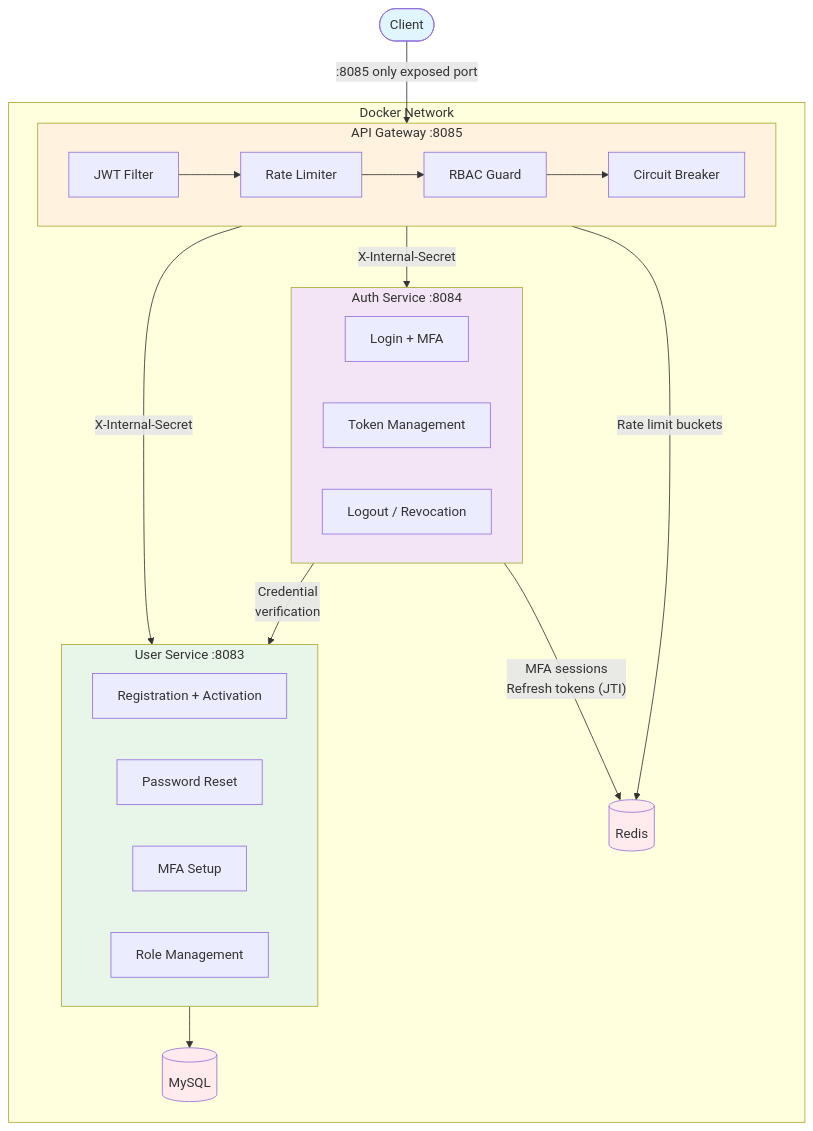
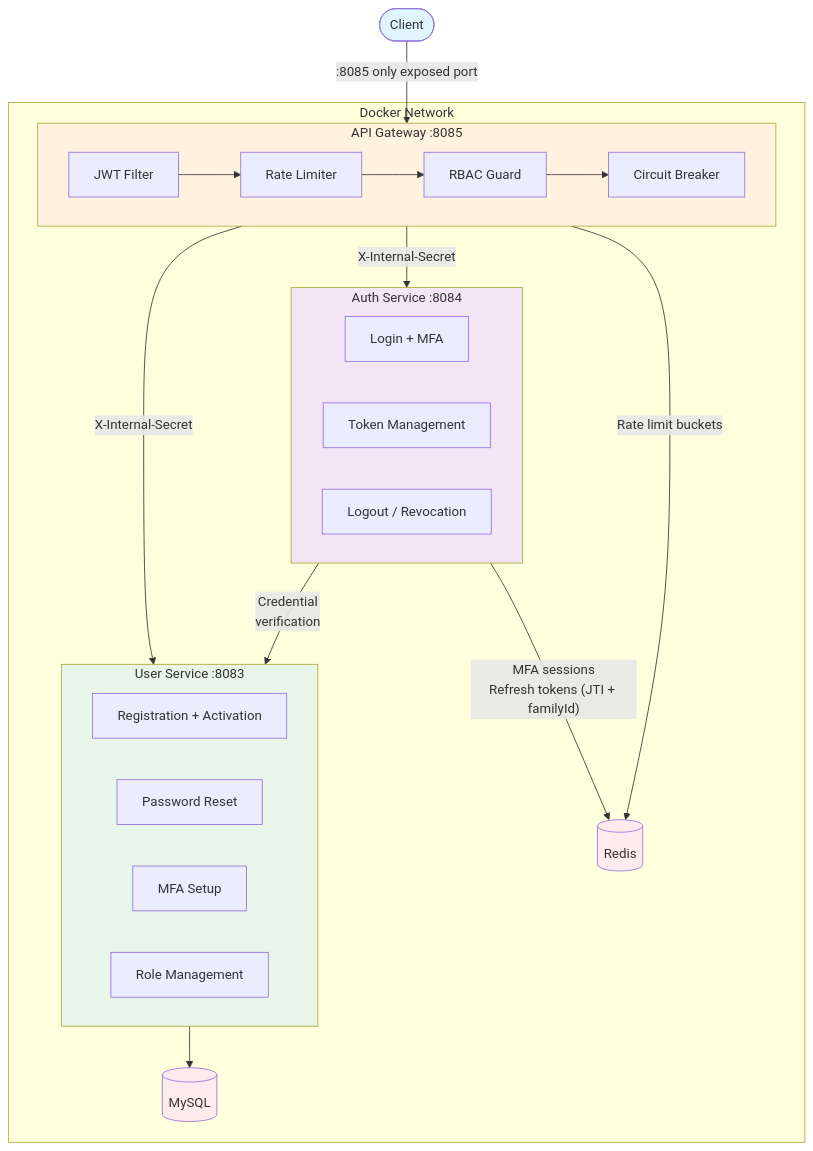
One commit to mrzodeczko-dev/security-platform changed the diagram in README.md. Above: the diagram before and after it, drawn with Mermaid. The commit also changed other lines of this file and 13 other files, not shown here.

````diff
--- a/README.md
+++ b/README.md
@@ -27,52 +27,52 @@
 ```mermaid
 graph TB
     Client(["Client"])
 
     subgraph Docker Network
         subgraph Gateway["API Gateway :8085"]
             JWT_FILTER[JWT Filter]
             RATE_LIMIT[Rate Limiter]
             RBAC[RBAC Guard]
             CIRCUIT[Circuit Breaker]
         end
 
         subgraph Auth["Auth Service :8084"]
             LOGIN[Login + MFA]
             TOKEN[Token Management]
             LOGOUT[Logout / Revocation]
         end
 
         subgraph User["User Service :8083"]
             REG[Registration + Activation]
             RESET[Password Reset]
             MFA_SETUP[MFA Setup]
             ROLES[Role Management]
         end
 
         REDIS[(Redis)]
         MYSQL[(MySQL)]
     end
 
     Client -->|":8085 only exposed port"| Gateway
 
     JWT_FILTER --> RATE_LIMIT --> RBAC --> CIRCUIT
 
     Gateway -->|"X-Internal-Secret"| Auth
     Gateway -->|"X-Internal-Secret"| User
 
     Auth -->|"MFA sessions
-Refresh tokens (JTI)"| REDIS
+Refresh tokens (JTI + familyId)"| REDIS
     Gateway -->|"Rate limit buckets"| REDIS
 
     User --> MYSQL
 
     Auth -->|"Credential
 verification"| User
 
     style Client fill:#e1f5fe
     style Gateway fill:#fff3e0
     style Auth fill:#f3e5f5
     style User fill:#e8f5e9
     style REDIS fill:#ffebee
     style MYSQL fill:#ffebee
 ```
````
